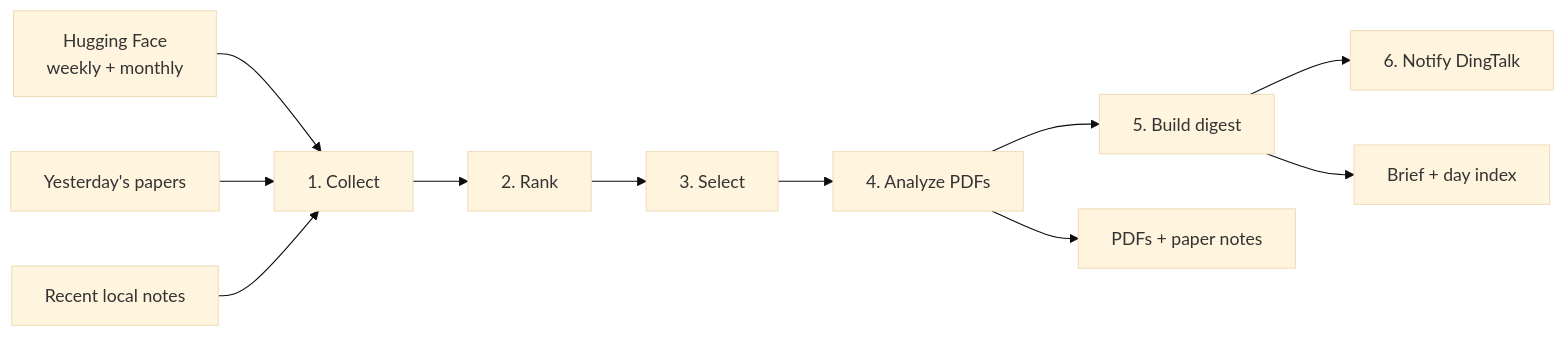
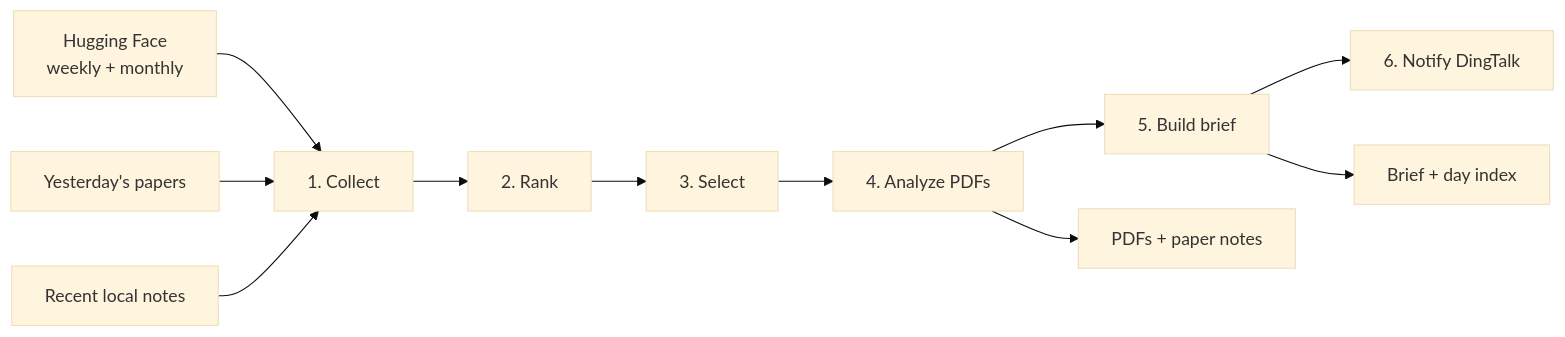
The diagram in cookbook/daily_paper/README.md (agentscope-ai/ReMe), drawn with Mermaid (base theme) before and after one commit. The commit also changed other lines of this file and 11 other files, not shown here.

````diff
--- a/cookbook/daily_paper/README.md
+++ b/cookbook/daily_paper/README.md
@@ -84,13 +88,13 @@
 ```mermaid
 flowchart LR
     HF[Hugging Face<br/>weekly + monthly] --> C[1. Collect]
     Y[Yesterday's papers] --> C
     H[Recent local notes] --> C
     C --> R[2. Rank]
     R --> S[3. Select]
     S --> A[4. Analyze PDFs]
-    A --> D[5. Build digest]
+    A --> D[5. Build brief]
     D --> N[6. Notify DingTalk]
     A --> P[PDFs + paper notes]
     D --> B[Brief + day index]
 ```
````
